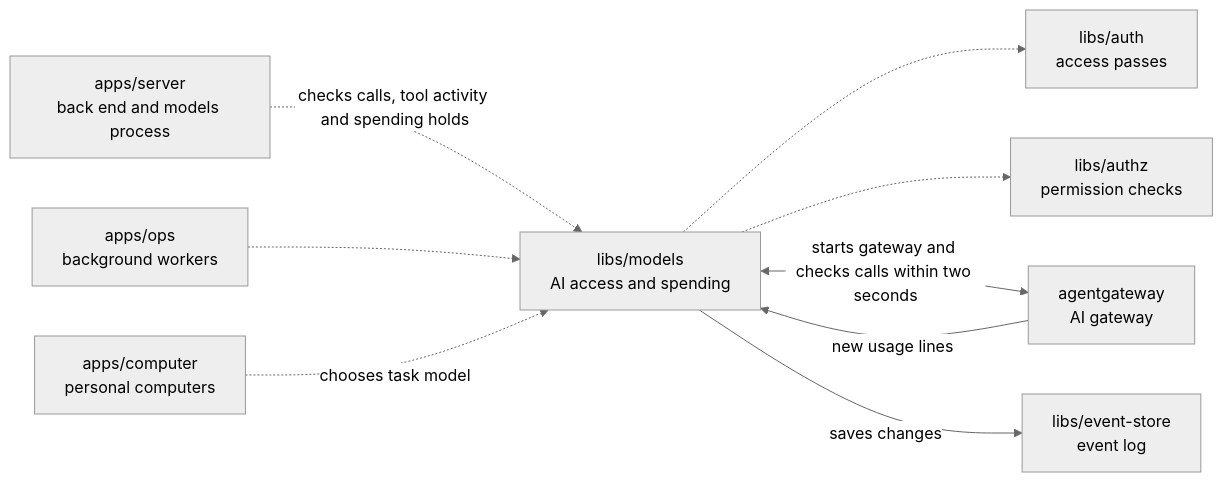
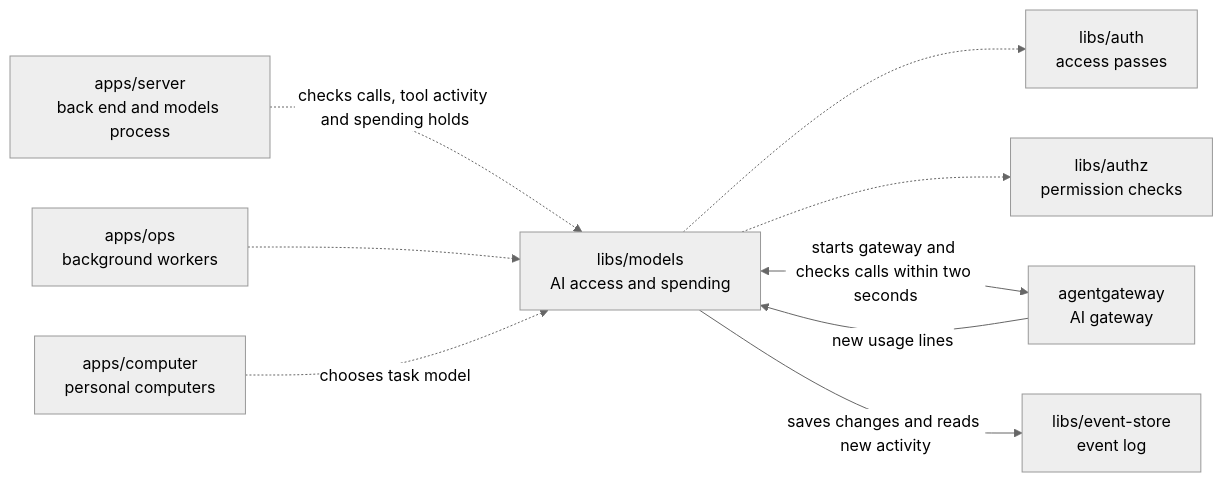
The diagram in libs/models/README.md (elewa-git/opencrane-new), drawn with Mermaid (neutral theme) before and after one commit. The commit also changed other lines of this file and 27 other files, not shown here.

````diff
--- a/libs/models/README.md
+++ b/libs/models/README.md
@@ -11,11 +11,11 @@
 ```mermaid
 flowchart LR
   server["apps/server<br/>back end and models process"] -.->|checks calls, tool activity and spending holds| models["libs/models<br/>AI access and spending"]
   ops["apps/ops<br/>background workers"] -.-> models
   computer["apps/computer<br/>personal computers"] -.->|chooses task model| models
   models -.-> auth["libs/auth<br/>access passes"]
   models -.-> authz["libs/authz<br/>permission checks"]
   models <-->|starts gateway and checks calls within two seconds| gateway["agentgateway<br/>AI gateway"]
   gateway -->|new usage lines| models
-  models -->|saves changes| store["libs/event-store<br/>event log"]
+  models -->|saves changes and reads new activity| store["libs/event-store<br/>event log"]
 ```
````
